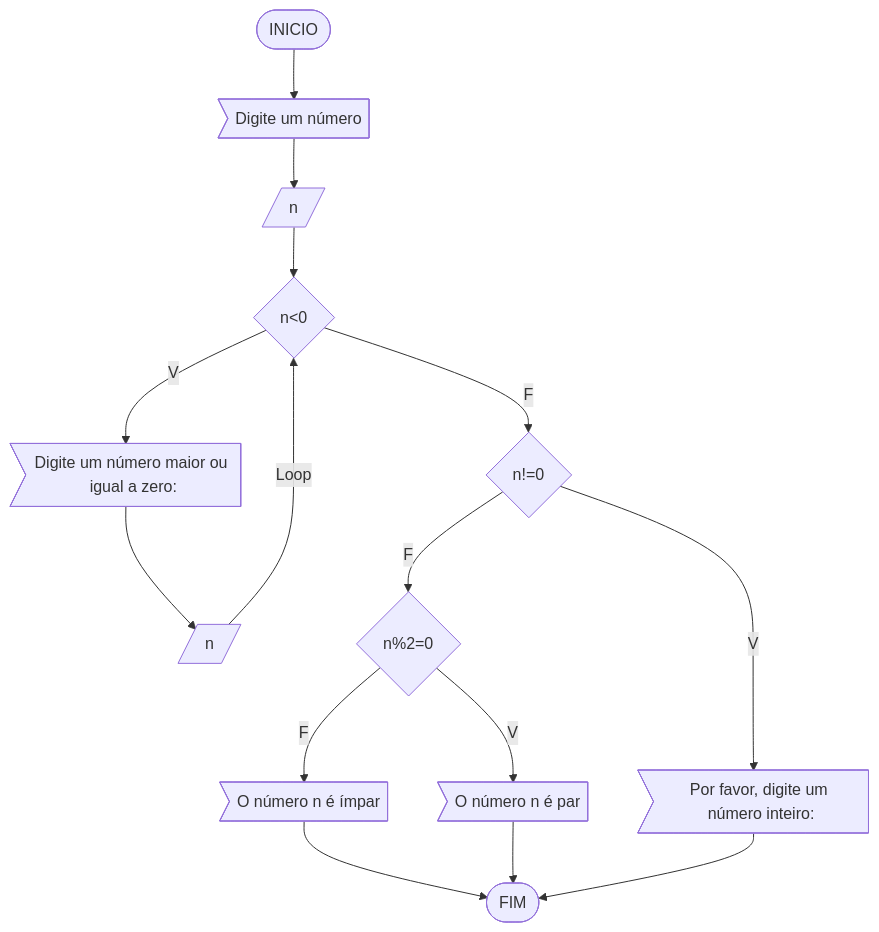
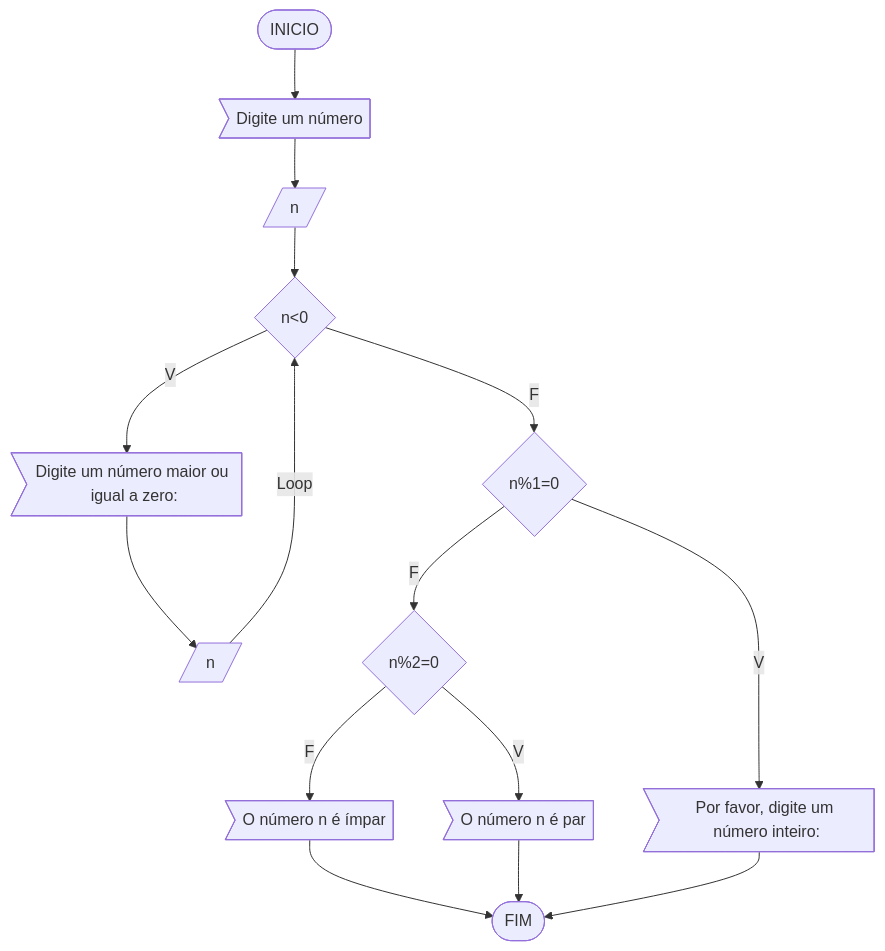
The first of 4 diagrams in RLA/lista3.md (angelomendonca0601/unifor), drawn with Mermaid before and after one commit.

````diff
--- a/RLA/lista3.md
+++ b/RLA/lista3.md
@@ -5,20 +5,20 @@
 ```mermaid
 flowchart TD
 id1([INICIO]) --> id2>"Digite um número"]
 id2 --> id3[/n/]
 id3 --> id4{n<0}
 id4 -- V --> id5>"Digite um número maior ou igual a zero:"]
 id5 --> id6[/n/]
 id6 --Loop-->id4
-id4 -- F --> id7{n!=0}
+id4 -- F --> id7{n%1=0}
 id7 -- V--> id8>Por favor, digite um número inteiro:]
 id7 -- F --> id9{n%2=0}
 id9 -- V --> id10>O número n é par]
 id9 -- F --> id11>O número n é ímpar]
 id11 --> id
 id10 --> id
 id8-->id
 
 
 id([FIM])
 ```
````
